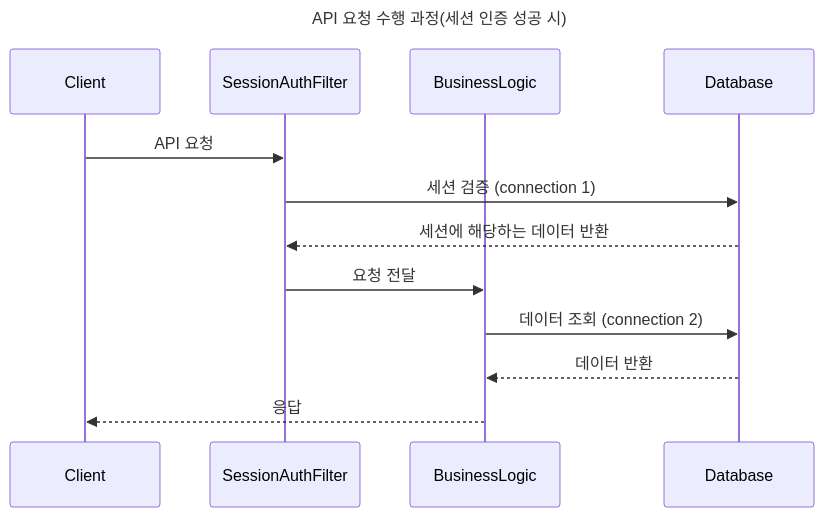
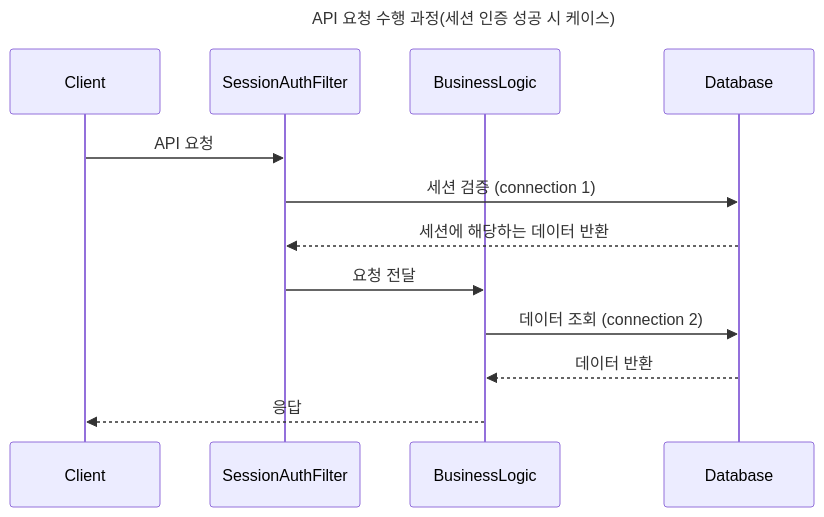
The second of 5 diagrams in practice/메인 API 성능 개선.md (Hansanghyun-github/TIL), drawn with Mermaid before and after one commit. The commit also changed other lines of this file, not shown here.

Commit message:
add detailed explanations to Improving Main API Performance docs

````diff
--- a/practice/메인 API 성능 개선.md
+++ b/practice/메인 API 성능 개선.md
@@ -99,16 +99,16 @@
 ```mermaid
 sequenceDiagram
-    title API 요청 수행 과정(세션 인증 성공 시)
+    title API 요청 수행 과정(세션 인증 성공 시 케이스)
     participant Client
     participant SessionAuthFilter
     participant BusinessLogic
     participant Database
         
     Client->>SessionAuthFilter: API 요청
     SessionAuthFilter->>Database: 세션 검증 (connection 1)
     Database-->>SessionAuthFilter: 세션에 해당하는 데이터 반환
     SessionAuthFilter->>BusinessLogic: 요청 전달
     BusinessLogic->>Database: 데이터 조회 (connection 2)
     Database-->>BusinessLogic: 데이터 반환
     BusinessLogic-->>Client: 응답
 ```
````
